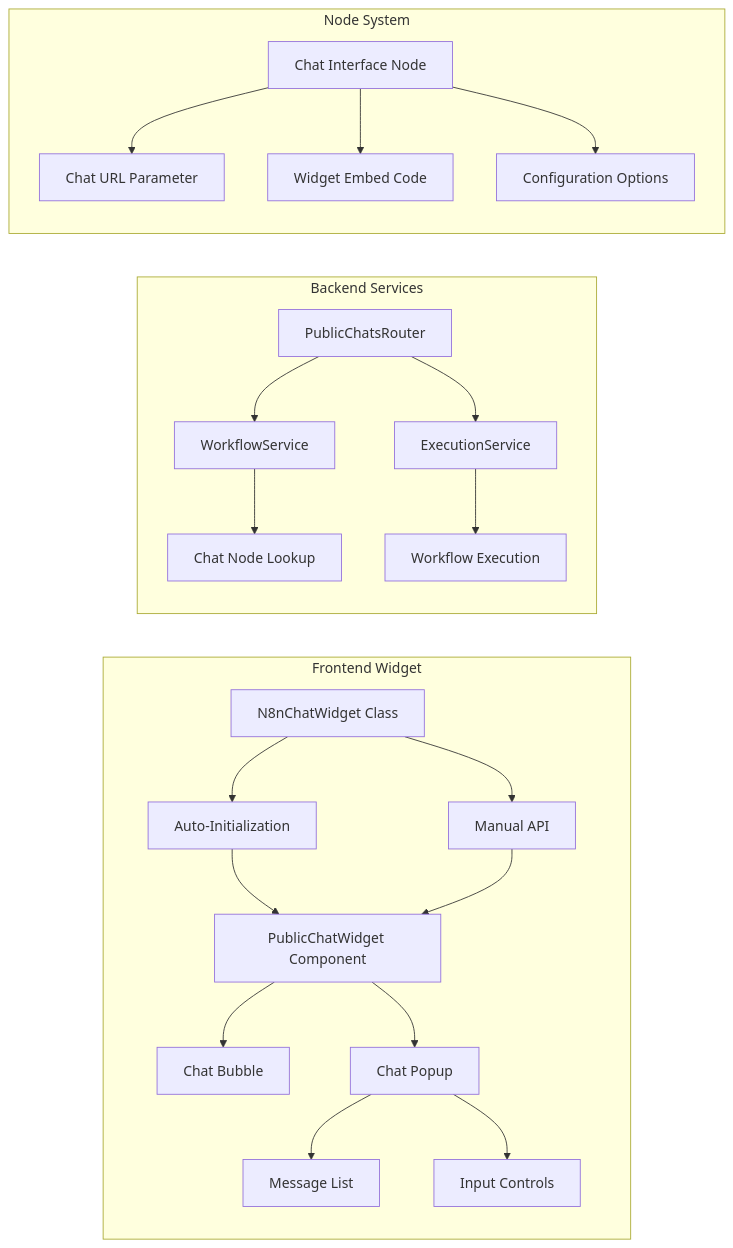
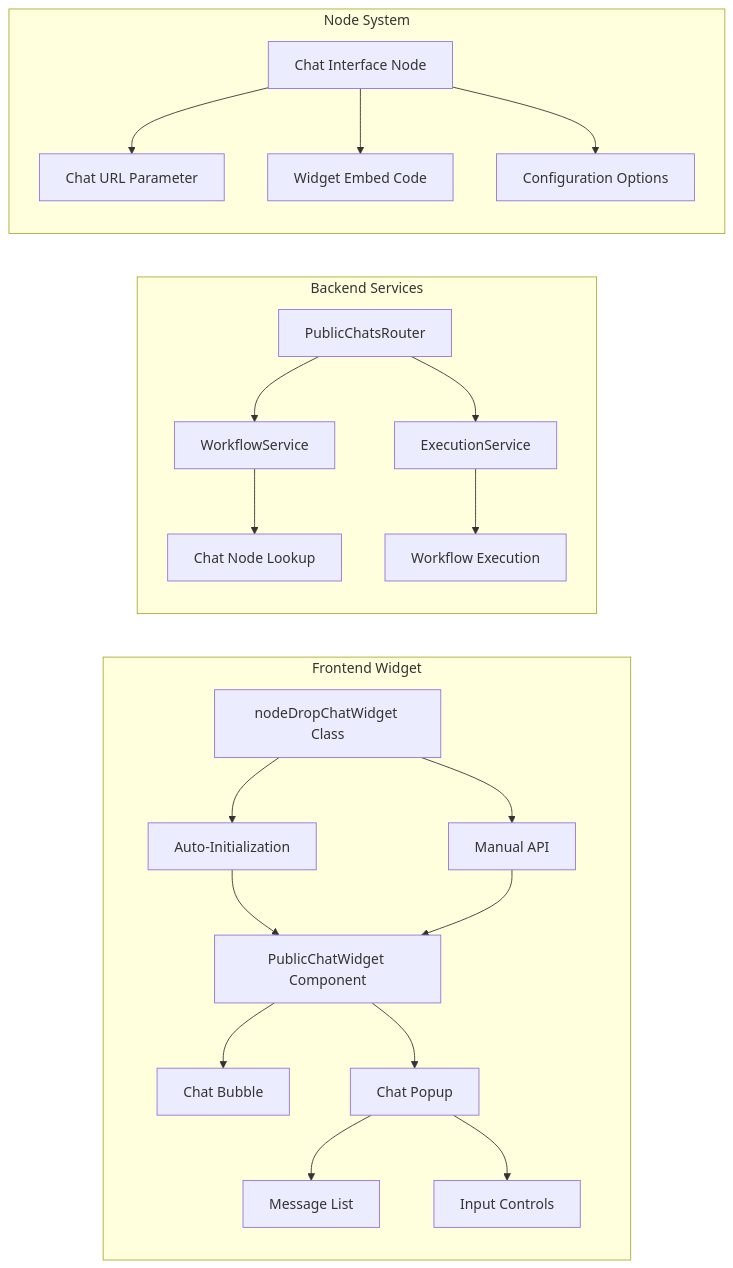
Before and after one commit to naumanahmed19/n8n-clone: the second of 2 diagrams in .kiro/specs/public-chat-widget/design.md, drawn with Mermaid. The commit also changed other lines of this file and 91 other files, not shown here.

First line of the commit message:
refactor(widget): Rename project references from n8n to nodeDrop

````diff
--- a/.kiro/specs/public-chat-widget/design.md
+++ b/.kiro/specs/public-chat-widget/design.md
@@ -43,26 +43,26 @@
 ```mermaid
 graph LR
     subgraph "Frontend Widget"
-        A[N8nChatWidget Class] --> B[Auto-Initialization]
+        A[nodeDropChatWidget Class] --> B[Auto-Initialization]
         A --> C[Manual API]
         B --> D[PublicChatWidget Component]
         C --> D
         D --> E[Chat Bubble]
         D --> F[Chat Popup]
         F --> G[Message List]
         F --> H[Input Controls]
     end
     
     subgraph "Backend Services"
         I[PublicChatsRouter] --> J[WorkflowService]
         I --> K[ExecutionService]
         J --> L[Chat Node Lookup]
         K --> M[Workflow Execution]
     end
     
     subgraph "Node System"
         N[Chat Interface Node] --> O[Chat URL Parameter]
         N --> P[Widget Embed Code]
         N --> Q[Configuration Options]
     end
 ```
````
